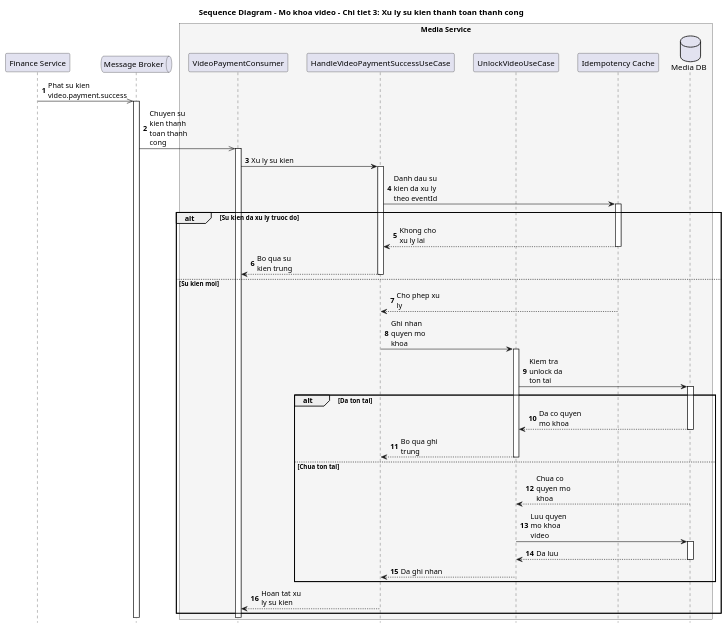
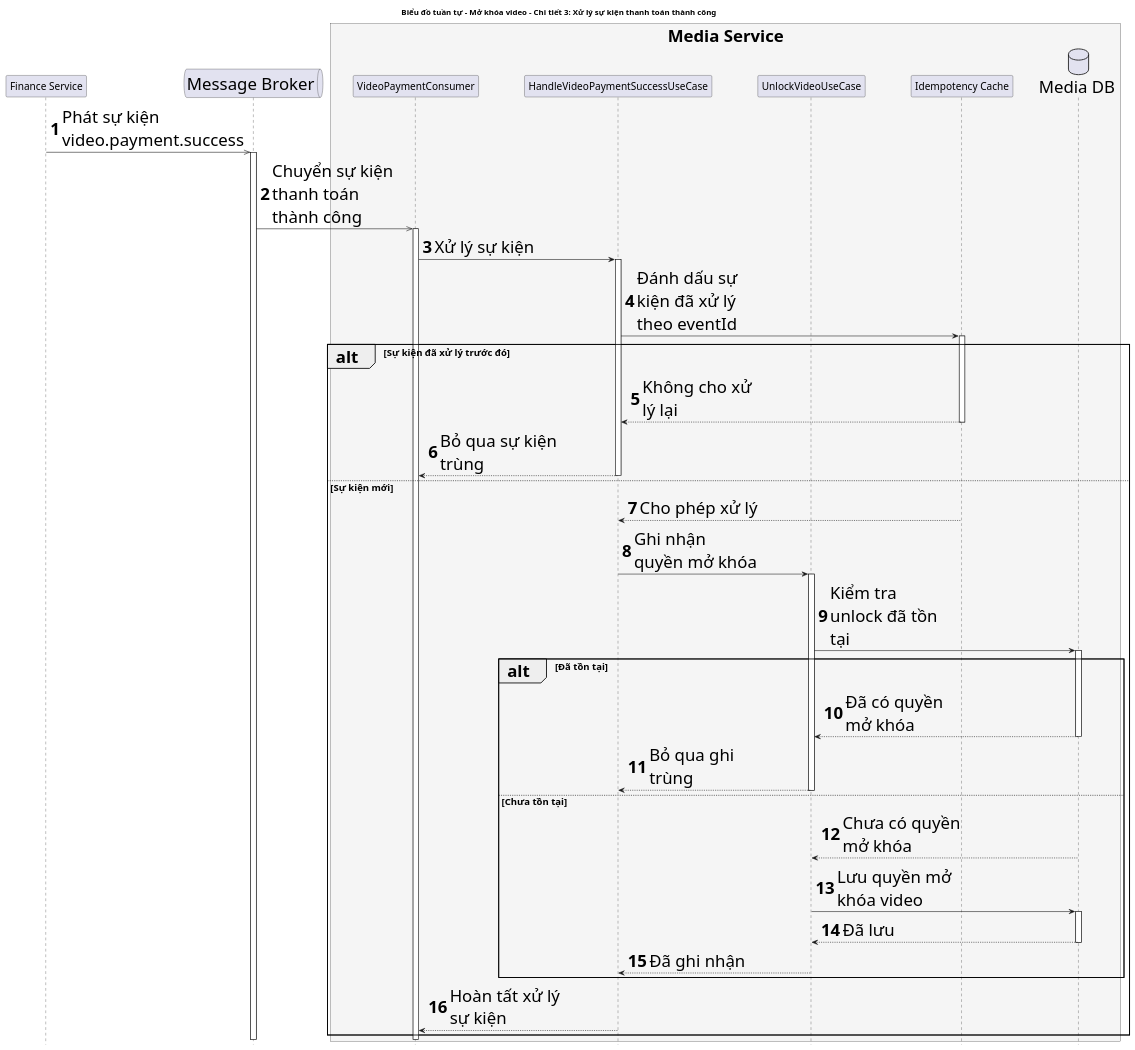
The diagram in docs/sequence-diagrams/unlock-video/unlock-video-detail-03-payment-success-event.puml (nanhph04/media-serivce-da), drawn with PlantUML before and after one commit. The commit also changed 36 other files, not shown here.

First line of the commit message:
Refactor and enhance activity and sequence diagrams for video management and admin channel locking

```diff
--- a/docs/sequence-diagrams/unlock-video/unlock-video-detail-03-payment-success-event.puml
+++ b/docs/sequence-diagrams/unlock-video/unlock-video-detail-03-payment-success-event.puml
@@ -1,48 +1,56 @@
 @startuml
-title Sequence Diagram - Mo khoa video - Chi tiet 3: Xu ly su kien thanh toan thanh cong
+title Biểu đồ tuần tự - Mở khóa video - Chi tiết 3: Xử lý sự kiện thanh toán thành công
 autonumber
 autoactivate on
 hide footbox
 
-skinparam maxMessageSize 80
-skinparam ParticipantPadding 12
+skinparam maxMessageSize 220
+skinparam ParticipantPadding 36
+skinparam defaultFontSize 30
+skinparam sequence {
+  ActorFontSize 18
+  ParticipantFontSize 18
+  MessageFontSize 17
+  GroupFontSize 17
+  ReferenceFontSize 17
+}
 skinparam BoxPadding 8
 
 participant "Finance Service" as FS
 queue "Message Broker" as Broker
 
 box "Media Service" #F5F5F5
   participant "VideoPaymentConsumer" as Consumer
   participant "HandleVideoPaymentSuccessUseCase" as HandleUC
   participant "UnlockVideoUseCase" as UnlockUC
   participant "Idempotency Cache" as Cache
   database "Media DB" as DB
 end box
 
-FS ->> Broker: Phat su kien video.payment.success
-Broker ->> Consumer: Chuyen su kien thanh toan thanh cong
-Consumer -> HandleUC: Xu ly su kien
-HandleUC -> Cache: Danh dau su kien da xu ly theo eventId
+FS ->> Broker: Phát sự kiện video.payment.success
+Broker ->> Consumer: Chuyển sự kiện thanh toán thành công
+Consumer -> HandleUC: Xử lý sự kiện
+HandleUC -> Cache: Đánh dấu sự kiện đã xử lý theo eventId
 
-alt Su kien da xu ly truoc do
-  Cache --> HandleUC: Khong cho xu ly lai
-  HandleUC --> Consumer: Bo qua su kien trung
-else Su kien moi
-  Cache --> HandleUC: Cho phep xu ly
-  HandleUC -> UnlockUC: Ghi nhan quyen mo khoa
-  UnlockUC -> DB: Kiem tra unlock da ton tai
+alt Sự kiện đã xử lý trước đó
+  Cache --> HandleUC: Không cho xử lý lại
+  HandleUC --> Consumer: Bỏ qua sự kiện trùng
+else Sự kiện mới
+  Cache --> HandleUC: Cho phép xử lý
+  HandleUC -> UnlockUC: Ghi nhận quyền mở khóa
+  UnlockUC -> DB: Kiểm tra unlock đã tồn tại
 
-  alt Da ton tai
-    DB --> UnlockUC: Da co quyen mo khoa
-    UnlockUC --> HandleUC: Bo qua ghi trung
-  else Chua ton tai
-    DB --> UnlockUC: Chua co quyen mo khoa
-    UnlockUC -> DB: Luu quyen mo khoa video
-    DB --> UnlockUC: Da luu
-    UnlockUC --> HandleUC: Da ghi nhan
+  alt Đã tồn tại
+    DB --> UnlockUC: Đã có quyền mở khóa
+    UnlockUC --> HandleUC: Bỏ qua ghi trùng
+  else Chưa tồn tại
+    DB --> UnlockUC: Chưa có quyền mở khóa
+    UnlockUC -> DB: Lưu quyền mở khóa video
+    DB --> UnlockUC: Đã lưu
+    UnlockUC --> HandleUC: Đã ghi nhận
   end
 
-  HandleUC --> Consumer: Hoan tat xu ly su kien
+  HandleUC --> Consumer: Hoàn tất xử lý sự kiện
 end
 
 @enduml
```
